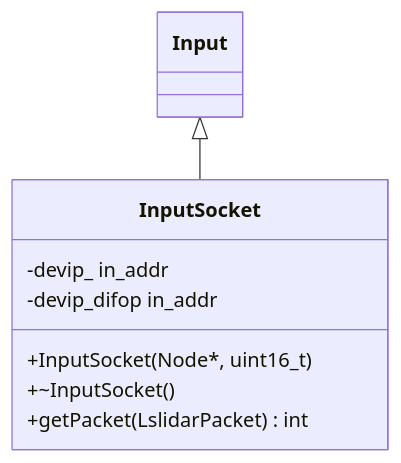
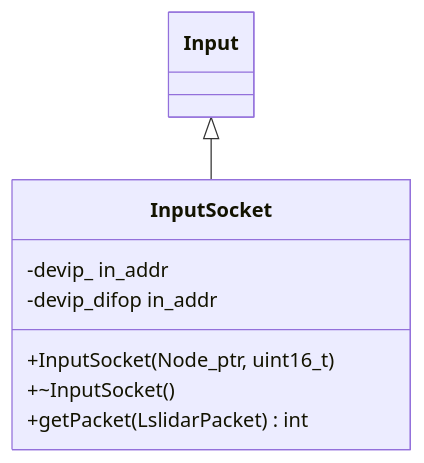
Before and after one commit to declue/Lslidar_ROS2_driver: the third of 10 diagrams in docs/api-reference.md, drawn with Mermaid. The commit also changed other lines of this file and 3 other files, not shown here.

First line of the commit message:
fix: Mermaid 다이어그램 렌더링 오류 수정

````diff
--- a/docs/api-reference.md
+++ b/docs/api-reference.md
@@ -392,12 +392,12 @@
 ```mermaid
 classDiagram
     class InputSocket {
-        +InputSocket(Node*, uint16_t)
+        +InputSocket(Node_ptr, uint16_t)
         +~InputSocket()
         +getPacket(LslidarPacket) int
         -devip_ in_addr
         -devip_difop in_addr
     }
 
     Input <|-- InputSocket
 ```
````
